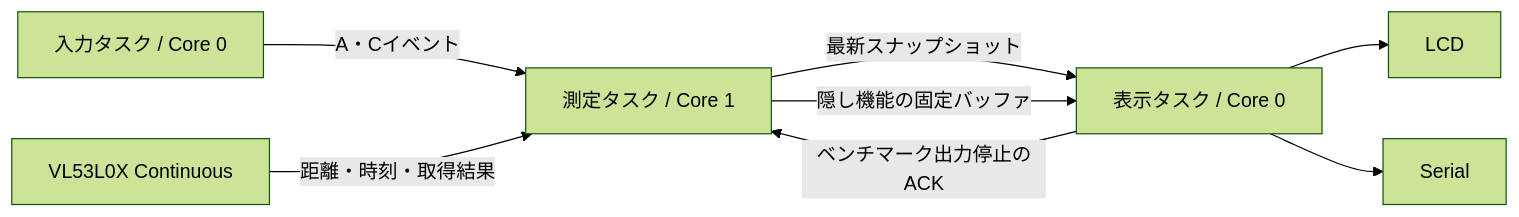
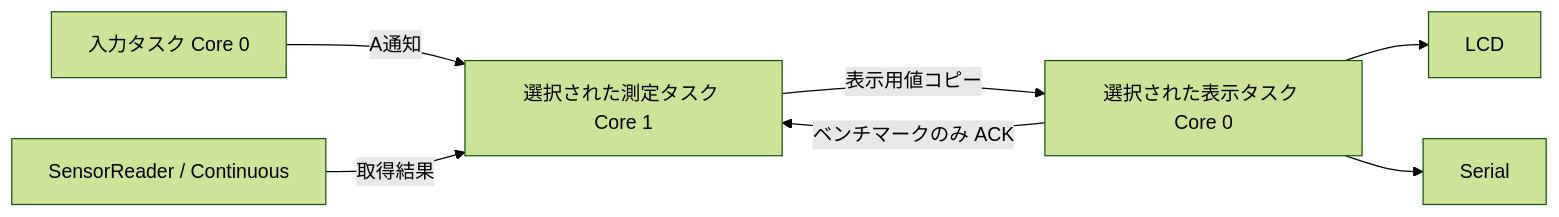
Before and after one commit to ronron-gh/Mini4WDLapTimer: the diagram in docs/functional_design.md, drawn with Mermaid (forest theme). The commit also changed other lines of this file and 5 other files, not shown here.

````diff
--- a/docs/functional_design.md
+++ b/docs/functional_design.md
@@ -15,10 +74,9 @@
 ```mermaid
 flowchart LR
-  B[入力タスク / Core 0] -->|A・Cイベント| M[測定タスク / Core 1]
-  S[VL53L0X Continuous] -->|距離・時刻・取得結果| M
-  M -->|最新スナップショット| D[表示タスク / Core 0]
+  I[入力タスク Core 0] -->|A通知| M[選択された測定タスク Core 1]
+  S[SensorReader / Continuous] -->|取得結果| M
+  M -->|表示用値コピー| D[選択された表示タスク Core 0]
   D --> L[LCD]
   D --> U[Serial]
-  M -->|隠し機能の固定バッファ| D
-  D -->|ベンチマーク出力停止のACK| M
+  D -->|ベンチマークのみ ACK| M
 ```
````
